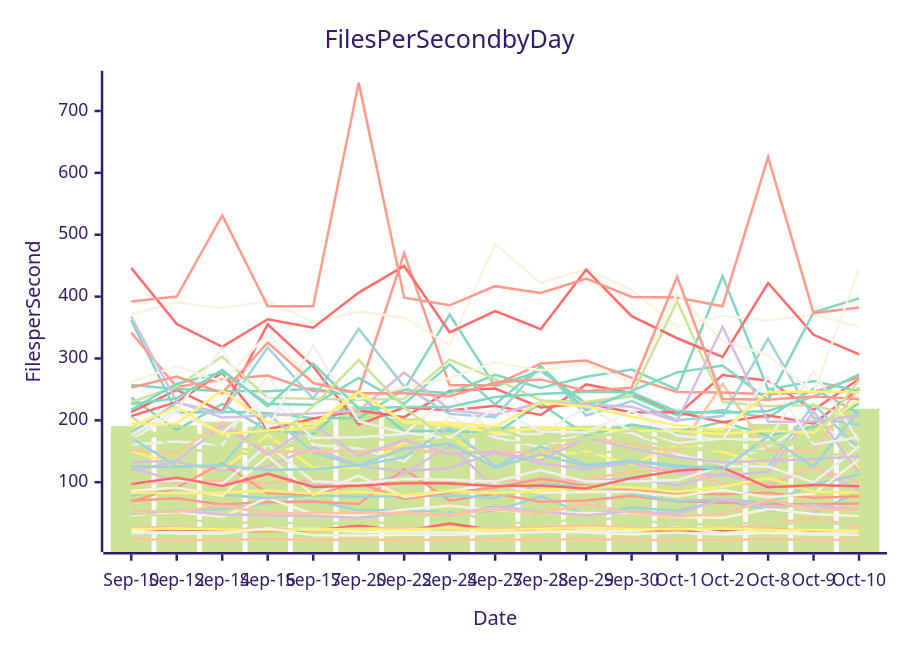
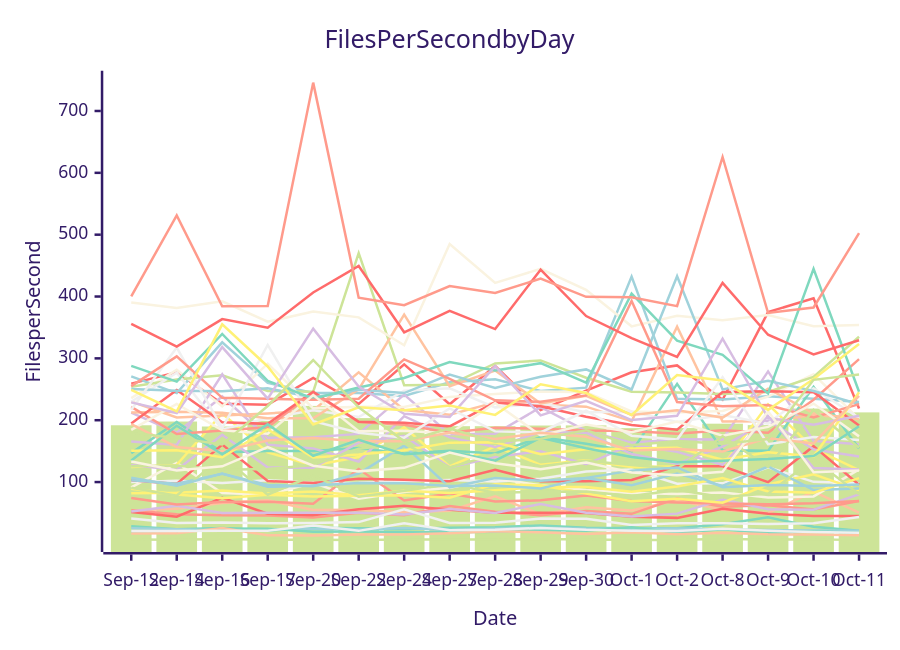
One commit to streetsidesoftware/cspell changed the diagram in perf-report.md. Above: the diagram before and after it, drawn with Mermaid (forest theme). The commit also changed other lines of this file and 2 other files, not shown here.

````diff
--- a/perf-report.md
+++ b/perf-report.md
@@ -11,57 +11,57 @@
 ```mermaid
 xychart-beta
     title Files Per Second by Day
     y-axis Files per Second
-    x-axis Date [Sep-10, Sep-12, Sep-14, Sep-16, Sep-17, Sep-20, Sep-22, Sep-24, Sep-27, Sep-28, Sep-29, Sep-30, Oct-1, Oct-2, Oct-8, Oct-9, Oct-10]
-    bar [190.61, 191.83, 197.87, 189.83, 198.93, 223.14, 203.41, 191.85, 190.34, 190.33, 191.42, 191.65, 187.17, 187.29, 194.39, 192.05, 218.83]
-    line [24.50, 21.07, 20.76, 21.20, 21.42, 29.89, 21.10, 33.29, 22.21, 22.99, 25.81, 22.79, 21.40, 20.78, 24.57, 21.27, 19.07]
-    line [53.43, 54.08, 56.65, 66.08, 70.58, 54.86, 55.17, 51.26, 53.54, 77.09, 47.84, 59.17, 54.01, 70.63, 55.18, 49.90, 84.72]
-    line [122.20, 102.97, 97.36, 113.44, 95.42, 93.37, 113.84, 158.94, 91.50, 106.48, 102.03, 106.46, 94.98, 113.77, 93.63, 125.18, 87.00]
-    line [161.06, 165.68, 159.91, 274.11, 160.48, 154.49, 133.29, 206.55, 172.23, 156.59, 180.95, 179.76, 145.22, 129.53, 157.39, 199.58, 152.82]
-    line [99.87, 99.90, 101.98, 98.46, 103.01, 98.38, 99.03, 101.47, 103.27, 100.93, 105.22, 117.10, 120.39, 97.23, 97.90, 123.96, 100.36]
-    line [236.79, 184.39, 226.41, 183.84, 178.08, 240.62, 182.34, 183.11, 178.48, 227.71, 175.37, 193.07, 180.70, 197.68, 174.97, 189.16, 226.87]
-    line [70.06, 74.08, 63.80, 67.85, 68.28, 64.95, 121.18, 70.33, 81.37, 68.55, 70.46, 78.07, 69.43, 66.84, 65.37, 64.09, 65.74]
-    line [46.33, 51.70, 44.11, 74.38, 48.80, 46.22, 56.03, 61.86, 55.07, 50.38, 50.26, 50.11, 43.90, 42.10, 56.81, 48.66, 45.19]
-    line [150.41, 127.69, 119.42, 176.53, 123.45, 123.33, 163.66, 174.86, 123.76, 140.60, 149.87, 128.75, 160.37, 148.80, 127.97, 206.50, 122.84]
-    line [206.25, 150.67, 151.50, 140.12, 185.15, 139.87, 144.59, 151.47, 163.76, 164.48, 145.07, 153.00, 154.07, 155.61, 136.07, 148.26, 141.19]
-    line [213.19, 249.06, 214.17, 355.08, 286.90, 193.09, 220.97, 216.09, 223.67, 208.59, 258.02, 244.00, 208.42, 273.15, 264.14, 216.71, 266.75]
-    line [78.42, 89.26, 79.87, 74.03, 79.32, 76.57, 77.71, 78.68, 74.59, 96.62, 94.86, 81.46, 69.18, 73.06, 66.65, 96.25, 112.51]
-    line [119.12, 133.12, 118.61, 125.51, 156.41, 126.36, 117.29, 122.97, 147.55, 130.31, 120.84, 131.56, 115.38, 110.82, 116.53, 214.42, 116.00]
-    line [17.95, 19.65, 18.79, 24.79, 24.63, 19.73, 20.13, 19.16, 18.74, 19.48, 22.38, 21.10, 27.10, 18.00, 23.58, 17.31, 20.37]
-    line [26.09, 28.54, 23.63, 25.87, 21.39, 25.97, 25.29, 24.28, 26.03, 27.14, 29.89, 26.22, 25.83, 25.33, 31.76, 42.94, 27.61]
-    line [361.86, 212.41, 213.84, 211.89, 203.30, 203.26, 249.81, 370.77, 255.08, 280.21, 227.10, 239.56, 208.40, 216.14, 204.22, 251.15, 211.26]
-    line [69.10, 91.26, 130.94, 82.16, 79.40, 98.84, 72.96, 83.85, 90.86, 105.55, 94.80, 87.05, 82.35, 80.71, 82.95, 74.90, 76.80]
-    line [86.08, 90.96, 77.91, 142.49, 79.52, 110.64, 76.31, 85.79, 97.01, 82.92, 84.16, 84.72, 77.34, 87.34, 75.86, 81.29, 136.91]
-    line [23.91, 25.15, 23.74, 22.20, 23.03, 24.38, 22.79, 25.90, 22.55, 24.52, 26.32, 24.36, 24.04, 25.09, 23.35, 22.45, 21.51]
-    line [162.53, 193.68, 156.67, 149.67, 167.24, 171.44, 166.11, 165.94, 180.17, 169.69, 179.61, 173.13, 150.88, 153.50, 149.45, 170.98, 162.38]
-    line [206.81, 229.76, 276.88, 185.15, 203.08, 216.06, 205.09, 247.61, 251.50, 220.80, 227.59, 212.73, 213.55, 197.04, 208.25, 194.51, 251.63]
-    line [125.97, 124.19, 127.77, 210.87, 148.03, 126.65, 140.55, 188.49, 125.20, 157.87, 127.91, 135.21, 124.24, 125.20, 125.79, 225.70, 154.24]
-    line [48.10, 54.31, 47.78, 46.42, 45.99, 42.51, 50.42, 46.36, 61.34, 51.99, 46.51, 53.11, 48.59, 73.40, 59.94, 62.62, 55.56]
-    line [98.76, 103.06, 96.78, 160.57, 101.71, 98.32, 105.51, 103.82, 101.18, 119.72, 101.30, 101.24, 103.40, 125.70, 125.48, 99.76, 158.05]
-    line [151.54, 146.78, 197.07, 148.01, 150.26, 150.22, 155.16, 146.16, 150.57, 146.25, 172.87, 161.95, 149.25, 258.77, 151.43, 150.43, 254.02]
-    line [256.96, 250.64, 247.49, 246.97, 251.50, 236.84, 249.23, 243.91, 273.74, 252.33, 270.33, 282.14, 249.68, 432.83, 249.77, 263.65, 247.10]
-    line [341.82, 253.99, 265.83, 272.53, 247.23, 246.03, 470.19, 256.56, 257.27, 291.74, 296.65, 268.66, 245.94, 244.92, 242.23, 245.65, 270.12]
-    line [371.64, 390.41, 381.43, 392.33, 359.21, 375.60, 366.33, 321.23, 484.87, 422.08, 444.64, 410.96, 351.78, 368.84, 361.47, 370.09, 351.86]
-    line [82.91, 82.03, 82.90, 86.51, 81.41, 84.89, 78.73, 86.02, 82.17, 86.87, 92.07, 92.00, 84.24, 92.67, 106.68, 84.76, 82.82]
-    line [229.46, 255.09, 303.17, 236.15, 234.71, 233.17, 234.84, 298.34, 266.72, 232.18, 229.70, 240.06, 392.72, 229.48, 222.78, 224.66, 204.36]
-    line [446.16, 355.63, 318.90, 363.44, 349.72, 406.48, 449.44, 342.12, 376.67, 347.31, 443.48, 368.45, 332.70, 302.48, 422.03, 338.21, 306.48]
-    line [179.78, 228.82, 211.67, 318.15, 234.86, 348.02, 254.54, 210.42, 205.10, 287.53, 207.85, 231.21, 200.22, 207.10, 331.74, 203.63, 192.81]
-    line [132.44, 134.89, 191.12, 144.91, 193.30, 142.56, 168.42, 145.10, 149.37, 134.63, 171.73, 154.69, 140.49, 131.94, 134.65, 137.28, 142.04]
-    line [169.33, 212.19, 179.89, 238.35, 171.61, 172.61, 177.91, 241.32, 177.39, 178.05, 221.01, 182.74, 163.48, 169.32, 168.97, 278.92, 166.54]
-    line [7.87, 6.93, 6.69, 7.98, 6.67, 6.83, 6.48, 7.18, 7.27, 6.94, 7.83, 6.98, 6.40, 6.43, 8.18, 6.76, 7.44]
-    line [216.89, 259.14, 277.45, 226.45, 225.10, 268.40, 226.40, 290.41, 225.84, 287.60, 216.33, 247.70, 277.53, 288.63, 233.16, 374.71, 397.16]
-    line [392.00, 400.11, 531.12, 384.37, 384.60, 745.85, 398.12, 385.90, 416.89, 405.74, 428.96, 399.50, 398.65, 384.43, 625.58, 373.38, 382.28]
-    line [261.93, 287.76, 262.40, 339.51, 263.75, 234.66, 253.01, 268.39, 293.97, 280.40, 292.26, 260.88, 404.51, 328.53, 305.64, 243.36, 444.70]
-    line [190.13, 221.56, 177.63, 183.43, 188.58, 244.43, 196.97, 192.51, 179.82, 187.80, 186.23, 183.20, 182.62, 177.99, 183.70, 179.89, 233.14]
-    line [52.27, 41.14, 33.93, 34.79, 33.36, 33.83, 35.26, 55.80, 33.99, 34.03, 41.23, 40.49, 30.44, 33.53, 33.57, 32.29, 33.27]
-    line [97.23, 107.06, 93.89, 113.70, 92.25, 94.28, 98.57, 98.01, 93.82, 94.62, 89.71, 106.79, 118.50, 123.61, 91.76, 95.32, 93.61]
-    line [171.63, 125.66, 126.89, 119.89, 121.04, 127.46, 154.00, 162.49, 123.69, 144.71, 125.72, 134.25, 127.46, 121.17, 173.95, 124.58, 216.72]
-    line [367.52, 230.07, 204.55, 207.72, 211.00, 215.66, 277.45, 216.60, 208.75, 228.82, 225.46, 221.92, 198.17, 351.24, 197.76, 198.13, 208.30]
-    line [176.65, 217.04, 317.36, 187.32, 321.78, 198.42, 179.83, 171.82, 219.08, 181.95, 180.26, 215.27, 175.03, 168.70, 269.72, 161.18, 172.81]
-    line [53.96, 52.43, 61.82, 49.92, 50.20, 50.36, 50.54, 47.43, 56.40, 49.96, 64.67, 50.46, 44.40, 48.96, 71.61, 56.00, 55.29]
-    line [226.37, 235.76, 281.57, 222.43, 291.44, 219.17, 221.75, 221.55, 237.73, 242.39, 246.40, 245.33, 214.25, 212.38, 215.08, 238.25, 274.47]
-    line [253.18, 270.83, 243.92, 325.88, 260.22, 243.99, 243.96, 239.11, 261.23, 266.19, 247.38, 252.69, 432.16, 234.56, 233.40, 238.56, 234.64]
-    line [21.93, 17.01, 17.04, 25.59, 14.10, 13.68, 15.06, 15.07, 17.30, 20.40, 18.84, 16.01, 18.80, 15.62, 18.14, 15.49, 15.23]
-    line [194.56, 194.84, 248.77, 196.63, 194.10, 246.18, 197.54, 195.96, 190.07, 228.82, 222.46, 205.73, 192.21, 184.58, 245.51, 246.82, 245.36]
-    line [170.36, 179.54, 171.09, 160.76, 222.99, 297.37, 220.86, 165.88, 186.63, 165.05, 169.83, 183.91, 159.55, 166.58, 162.12, 169.35, 265.31]
+    x-axis Date [Sep-12, Sep-14, Sep-16, Sep-17, Sep-20, Sep-22, Sep-24, Sep-27, Sep-28, Sep-29, Sep-30, Oct-1, Oct-2, Oct-8, Oct-9, Oct-10, Oct-11]
+    bar [191.83, 197.87, 189.83, 198.93, 223.14, 203.41, 191.85, 190.34, 190.33, 191.42, 191.65, 187.17, 187.29, 194.39, 192.05, 218.83, 212.65]
+    line [259.14, 277.45, 226.45, 225.10, 268.40, 226.40, 290.41, 225.84, 287.60, 216.33, 247.70, 277.53, 288.63, 233.16, 374.71, 397.16, 218.82]
+    line [270.83, 243.92, 325.88, 260.22, 243.99, 243.96, 239.11, 261.23, 266.19, 247.38, 252.69, 432.16, 234.56, 233.40, 238.56, 234.64, 229.56]
+    line [212.19, 179.89, 238.35, 171.61, 172.61, 177.91, 241.32, 177.39, 178.05, 221.01, 182.74, 163.48, 169.32, 168.97, 278.92, 166.54, 161.08]
+    line [99.90, 101.98, 98.46, 103.01, 98.38, 99.03, 101.47, 103.27, 100.93, 105.22, 117.10, 120.39, 97.23, 97.90, 123.96, 100.36, 98.09]
+    line [54.08, 56.65, 66.08, 70.58, 54.86, 55.17, 51.26, 53.54, 77.09, 47.84, 59.17, 54.01, 70.63, 55.18, 49.90, 84.72, 50.66]
+    line [28.54, 23.63, 25.87, 21.39, 25.97, 25.29, 24.28, 26.03, 27.14, 29.89, 26.22, 25.83, 25.33, 31.76, 42.94, 27.61, 21.34]
+    line [54.31, 47.78, 46.42, 45.99, 42.51, 50.42, 46.36, 61.34, 51.99, 46.51, 53.11, 48.59, 73.40, 59.94, 62.62, 55.56, 69.31]
+    line [91.26, 130.94, 82.16, 79.40, 98.84, 72.96, 83.85, 90.86, 105.55, 94.80, 87.05, 82.35, 80.71, 82.95, 74.90, 76.80, 120.41]
+    line [124.19, 127.77, 210.87, 148.03, 126.65, 140.55, 188.49, 125.20, 157.87, 127.91, 135.21, 124.24, 125.20, 125.79, 225.70, 154.24, 119.18]
+    line [6.93, 6.69, 7.98, 6.67, 6.83, 6.48, 7.18, 7.27, 6.94, 7.83, 6.98, 6.40, 6.43, 8.18, 6.76, 7.44, 6.12]
+    line [51.70, 44.11, 74.38, 48.80, 46.22, 56.03, 61.86, 55.07, 50.38, 50.26, 50.11, 43.90, 42.10, 56.81, 48.66, 45.19, 45.26]
+    line [25.15, 23.74, 22.20, 23.03, 24.38, 22.79, 25.90, 22.55, 24.52, 26.32, 24.36, 24.04, 25.09, 23.35, 22.45, 21.51, 21.22]
+    line [52.43, 61.82, 49.92, 50.20, 50.36, 50.54, 47.43, 56.40, 49.96, 64.67, 50.46, 44.40, 48.96, 71.61, 56.00, 55.29, 80.14]
+    line [41.14, 33.93, 34.79, 33.36, 33.83, 35.26, 55.80, 33.99, 34.03, 41.23, 40.49, 30.44, 33.53, 33.57, 32.29, 33.27, 43.56]
+    line [230.07, 204.55, 207.72, 211.00, 215.66, 277.45, 216.60, 208.75, 228.82, 225.46, 221.92, 198.17, 351.24, 197.76, 198.13, 208.30, 202.88]
+    line [146.78, 197.07, 148.01, 150.26, 150.22, 155.16, 146.16, 150.57, 146.25, 172.87, 161.95, 149.25, 258.77, 151.43, 150.43, 254.02, 154.30]
+    line [74.08, 63.80, 67.85, 68.28, 64.95, 121.18, 70.33, 81.37, 68.55, 70.46, 78.07, 69.43, 66.84, 65.37, 64.09, 65.74, 69.24]
+    line [235.76, 281.57, 222.43, 291.44, 219.17, 221.75, 221.55, 237.73, 242.39, 246.40, 245.33, 214.25, 212.38, 215.08, 238.25, 274.47, 201.60]
+    line [89.26, 79.87, 74.03, 79.32, 76.57, 77.71, 78.68, 74.59, 96.62, 94.86, 81.46, 69.18, 73.06, 66.65, 96.25, 112.51, 86.86]
+    line [253.99, 265.83, 272.53, 247.23, 246.03, 470.19, 256.56, 257.27, 291.74, 296.65, 268.66, 245.94, 244.92, 242.23, 245.65, 270.12, 334.94]
+    line [103.06, 96.78, 160.57, 101.71, 98.32, 105.51, 103.82, 101.18, 119.72, 101.30, 101.24, 103.40, 125.70, 125.48, 99.76, 158.05, 95.77]
+    line [102.97, 97.36, 113.44, 95.42, 93.37, 113.84, 158.94, 91.50, 106.48, 102.03, 106.46, 94.98, 113.77, 93.63, 125.18, 87.00, 89.73]
+    line [165.68, 159.91, 274.11, 160.48, 154.49, 133.29, 206.55, 172.23, 156.59, 180.95, 179.76, 145.22, 129.53, 157.39, 199.58, 152.82, 141.23]
+    line [229.76, 276.88, 185.15, 203.08, 216.06, 205.09, 247.61, 251.50, 220.80, 227.59, 212.73, 213.55, 197.04, 208.25, 194.51, 251.63, 203.66]
+    line [212.41, 213.84, 211.89, 203.30, 203.26, 249.81, 370.77, 255.08, 280.21, 227.10, 239.56, 208.40, 216.14, 204.22, 251.15, 211.26, 201.52]
+    line [19.65, 18.79, 24.79, 24.63, 19.73, 20.13, 19.16, 18.74, 19.48, 22.38, 21.10, 27.10, 18.00, 23.58, 17.31, 20.37, 17.95]
+    line [221.56, 177.63, 183.43, 188.58, 244.43, 196.97, 192.51, 179.82, 187.80, 186.23, 183.20, 182.62, 177.99, 183.70, 179.89, 233.14, 298.75]
+    line [390.41, 381.43, 392.33, 359.21, 375.60, 366.33, 321.23, 484.87, 422.08, 444.64, 410.96, 351.78, 368.84, 361.47, 370.09, 351.86, 353.94]
+    line [82.03, 82.90, 86.51, 81.41, 84.89, 78.73, 86.02, 82.17, 86.87, 92.07, 92.00, 84.24, 92.67, 106.68, 84.76, 82.82, 106.40]
+    line [90.96, 77.91, 142.49, 79.52, 110.64, 76.31, 85.79, 97.01, 82.92, 84.16, 84.72, 77.34, 87.34, 75.86, 81.29, 136.91, 80.37]
+    line [194.84, 248.77, 196.63, 194.10, 246.18, 197.54, 195.96, 190.07, 228.82, 222.46, 205.73, 192.21, 184.58, 245.51, 246.82, 245.36, 191.40]
+    line [250.64, 247.49, 246.97, 251.50, 236.84, 249.23, 243.91, 273.74, 252.33, 270.33, 282.14, 249.68, 432.83, 249.77, 263.65, 247.10, 226.08]
+    line [127.69, 119.42, 176.53, 123.45, 123.33, 163.66, 174.86, 123.76, 140.60, 149.87, 128.75, 160.37, 148.80, 127.97, 206.50, 122.84, 120.19]
+    line [217.04, 317.36, 187.32, 321.78, 198.42, 179.83, 171.82, 219.08, 181.95, 180.26, 215.27, 175.03, 168.70, 269.72, 161.18, 172.81, 167.89]
+    line [17.01, 17.04, 25.59, 14.10, 13.68, 15.06, 15.07, 17.30, 20.40, 18.84, 16.01, 18.80, 15.62, 18.14, 15.49, 15.23, 13.94]
+    line [287.76, 262.40, 339.51, 263.75, 234.66, 253.01, 268.39, 293.97, 280.40, 292.26, 260.88, 404.51, 328.53, 305.64, 243.36, 444.70, 246.04]
+    line [255.09, 303.17, 236.15, 234.71, 233.17, 234.84, 298.34, 266.72, 232.18, 229.70, 240.06, 392.72, 229.48, 222.78, 224.66, 204.36, 226.04]
+    line [184.39, 226.41, 183.84, 178.08, 240.62, 182.34, 183.11, 178.48, 227.71, 175.37, 193.07, 180.70, 197.68, 174.97, 189.16, 226.87, 173.89]
+    line [150.67, 151.50, 140.12, 185.15, 139.87, 144.59, 151.47, 163.76, 164.48, 145.07, 153.00, 154.07, 155.61, 136.07, 148.26, 141.19, 245.22]
+    line [125.66, 126.89, 119.89, 121.04, 127.46, 154.00, 162.49, 123.69, 144.71, 125.72, 134.25, 127.46, 121.17, 173.95, 124.58, 216.72, 155.57]
+    line [355.63, 318.90, 363.44, 349.72, 406.48, 449.44, 342.12, 376.67, 347.31, 443.48, 368.45, 332.70, 302.48, 422.03, 338.21, 306.48, 329.35]
+    line [107.06, 93.89, 113.70, 92.25, 94.28, 98.57, 98.01, 93.82, 94.62, 89.71, 106.79, 118.50, 123.61, 91.76, 95.32, 93.61, 96.22]
+    line [228.82, 211.67, 318.15, 234.86, 348.02, 254.54, 210.42, 205.10, 287.53, 207.85, 231.21, 200.22, 207.10, 331.74, 203.63, 192.81, 207.12]
+    line [21.07, 20.76, 21.20, 21.42, 29.89, 21.10, 33.29, 22.21, 22.99, 25.81, 22.79, 21.40, 20.78, 24.57, 21.27, 19.07, 18.08]
+    line [193.68, 156.67, 149.67, 167.24, 171.44, 166.11, 165.94, 180.17, 169.69, 179.61, 173.13, 150.88, 153.50, 149.45, 170.98, 162.38, 239.19]
+    line [134.89, 191.12, 144.91, 193.30, 142.56, 168.42, 145.10, 149.37, 134.63, 171.73, 154.69, 140.49, 131.94, 134.65, 137.28, 142.04, 190.24]
+    line [400.11, 531.12, 384.37, 384.60, 745.85, 398.12, 385.90, 416.89, 405.74, 428.96, 399.50, 398.65, 384.43, 625.58, 373.38, 382.28, 502.40]
+    line [133.12, 118.61, 125.51, 156.41, 126.36, 117.29, 122.97, 147.55, 130.31, 120.84, 131.56, 115.38, 110.82, 116.53, 214.42, 116.00, 118.57]
+    line [249.06, 214.17, 355.08, 286.90, 193.09, 220.97, 216.09, 223.67, 208.59, 258.02, 244.00, 208.42, 273.15, 264.14, 216.71, 266.75, 323.26]
+    line [179.54, 171.09, 160.76, 222.99, 297.37, 220.86, 165.88, 186.63, 165.05, 169.83, 183.91, 159.55, 166.58, 162.12, 169.35, 265.31, 273.99]
 ```
````
